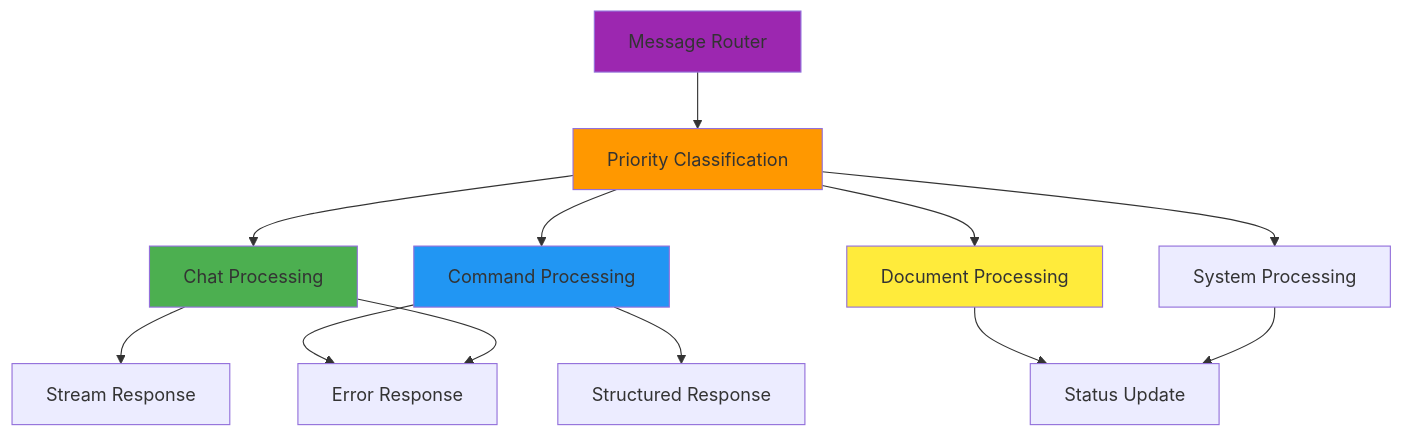
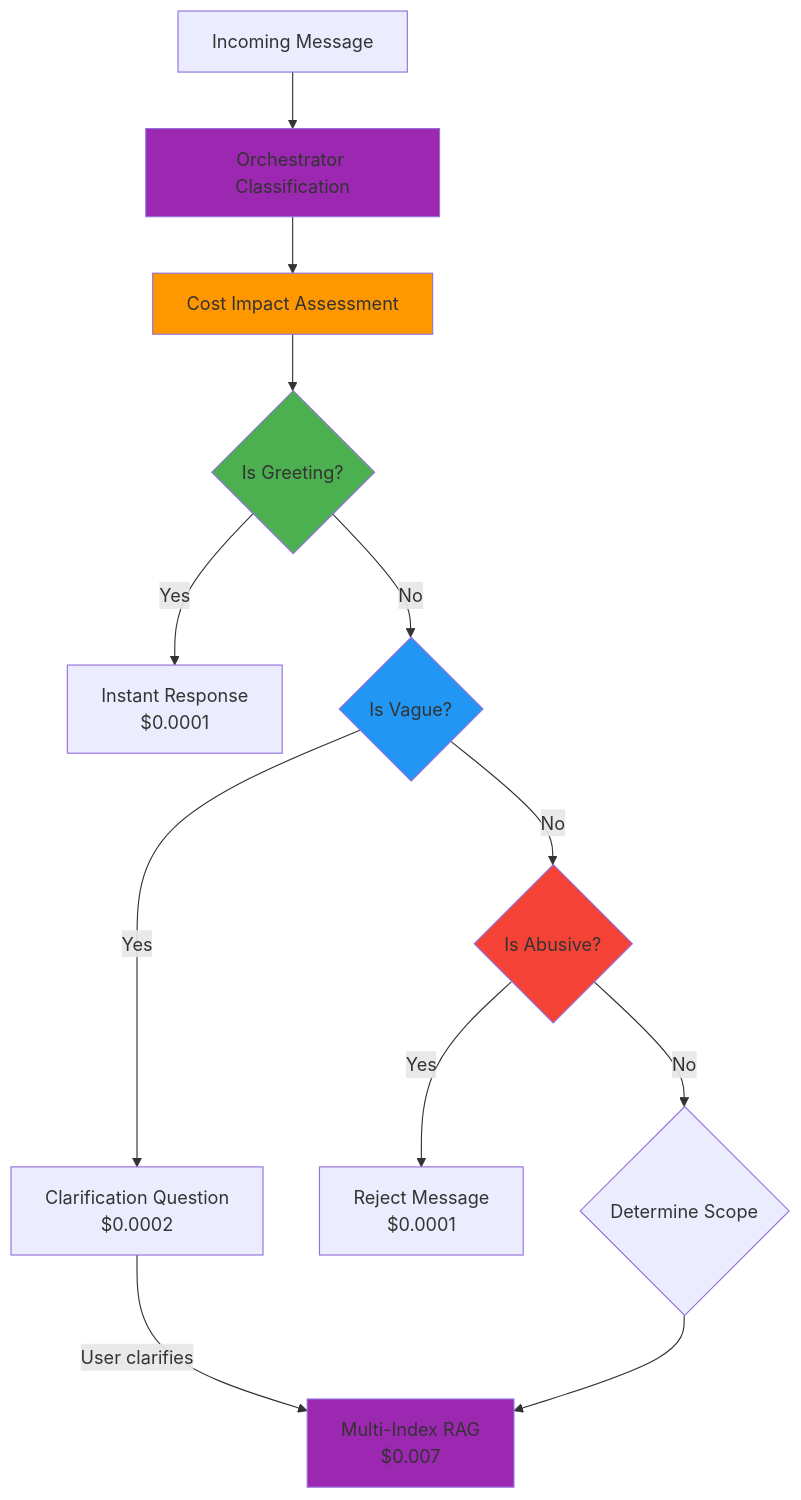
The third of 3 diagrams in case_assistant/system_design/03-message-routing.md (anguyenbus/case_chat), drawn with Mermaid before and after one commit. The commit also changed other lines of this file, not shown here.

````diff
--- a/case_assistant/system_design/03-message-routing.md
+++ b/case_assistant/system_design/03-message-routing.md
@@ -252,33 +692,40 @@
 ```mermaid
 graph TB
-    ROUTER[Message Router]
-    PRIORITY[Priority Classification]
-    PATH_CHAT[Chat Processing]
-    PATH_CMD[Command Processing]
-    PATH_DOC[Document Processing]
-    PATH_SYS[System Processing]
-    RESP_STREAM[Stream Response]
-    RESP_STRUCTURED[Structured Response]
-    RESP_STATUS[Status Update]
-    RESP_ERROR[Error Response]
+    START[Incoming Message]
+    CLASSIFY[Orchestrator Classification]
+    COST[Cost Impact Assessment]
 
-    ROUTER --> PRIORITY
+    GREETING{Is Greeting?}
+    VAGUE{Is Vague?}
+    ABUSIVE{Is Abusive?}
+    SCOPE{Determine Scope}
 
-    PRIORITY --> PATH_CHAT
-    PRIORITY --> PATH_CMD
-    PRIORITY --> PATH_DOC
-    PRIORITY --> PATH_SYS
+    RESP_GREET[Instant Response<br/>$0.0001]
+    RESP_CLARIFY[Clarification Question<br/>$0.0002]
+    RESP_REJECT[Reject Message<br/>$0.0001]
+    RAG_PATH[Multi-Index RAG<br/>$0.007]
 
-    PATH_CHAT --> RESP_STREAM
-    PATH_CMD --> RESP_STRUCTURED
-    PATH_DOC --> RESP_STATUS
-    PATH_SYS --> RESP_STATUS
-    PATH_CMD --> RESP_ERROR
-    PATH_CHAT --> RESP_ERROR
+    START --> CLASSIFY
+    CLASSIFY --> COST
 
-    style ROUTER fill:#9C27B0
-    style PRIORITY fill:#FF9800
-    style PATH_CHAT fill:#4CAF50
-    style PATH_CMD fill:#2196F3
-    style PATH_DOC fill:#FFEB3B
+    COST --> GREETING
+    GREETING -->|Yes| RESP_GREET
+    GREETING -->|No| VAGUE
+
+    VAGUE -->|Yes| RESP_CLARIFY
+    VAGUE -->|No| ABUSIVE
+
+    ABUSIVE -->|Yes| RESP_REJECT
+    ABUSIVE -->|No| SCOPE
+
+    SCOPE --> RAG_PATH
+
+    RESP_CLARIFY -->|User clarifies| RAG_PATH
+
+    style CLASSIFY fill:#9C27B0
+    style COST fill:#FF9800
+    style GREETING fill:#4CAF50
+    style VAGUE fill:#2196F3
+    style ABUSIVE fill:#F44336
+    style RAG_PATH fill:#9C27B0
 ```
````
